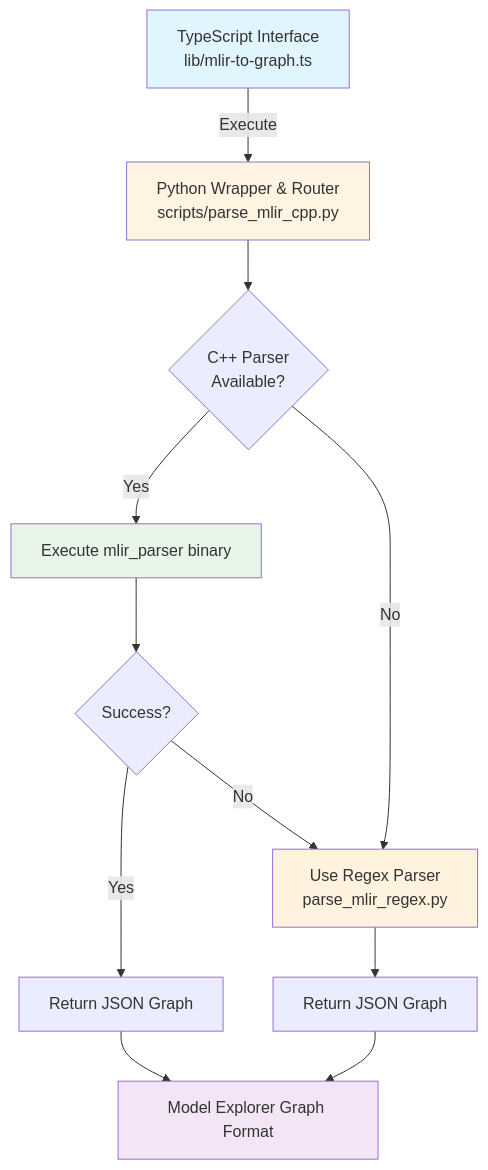
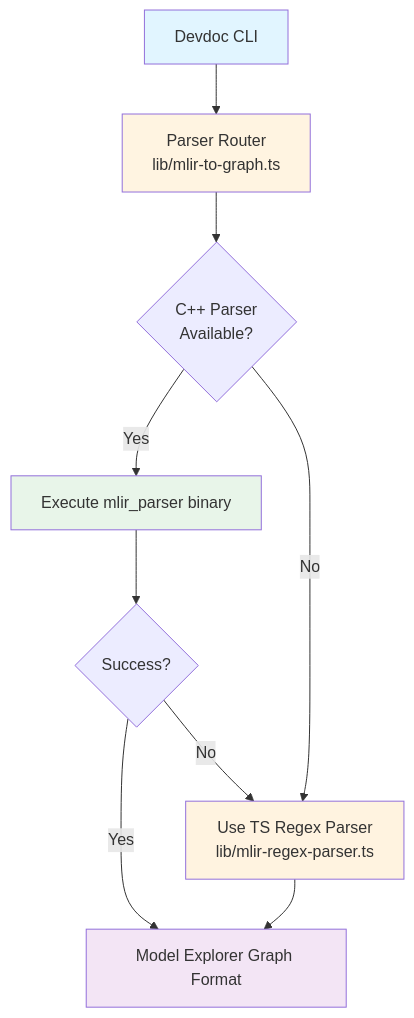
Before and after one commit to litanlitudan/devdoc: the first of 2 diagrams in src/mlir/README.md, drawn with Mermaid. The commit also changed other lines of this file and 10 other files, not shown here.

First line of the commit message:
Refactor MLIR Parser Integration and Update Documentation

````diff
--- a/src/mlir/README.md
+++ b/src/mlir/README.md
@@ -7,27 +7,22 @@
 ```mermaid
 flowchart TD
-    TS[TypeScript Interface<br/>lib/mlir-to-graph.ts]
-    PY[Python Wrapper & Router<br/>scripts/parse_mlir_cpp.py]
+    CLI[Devdoc CLI]
+    ROUTER[Parser Router<br/>lib/mlir-to-graph.ts]
+    TRY{C++ Parser<br/>Available?}
+    EXEC[Execute mlir_parser binary]
+    FALLBACK[Use TS Regex Parser<br/>lib/mlir-regex-parser.ts]
+    OUTPUT[Model Explorer Graph Format]
 
-    TS -->|Execute| PY
+    CLI --> ROUTER --> TRY
+    TRY -->|Yes| EXEC
+    TRY -->|No| FALLBACK
+    EXEC --> SUCCESS{Success?}
+    SUCCESS -->|Yes| OUTPUT
+    SUCCESS -->|No| FALLBACK --> OUTPUT
 
-    PY --> TRY{C++ Parser<br/>Available?}
-
-    TRY -->|Yes| EXEC[Execute mlir_parser binary]
-    TRY -->|No| FALLBACK[Use Regex Parser<br/>parse_mlir_regex.py]
-
-    EXEC --> SUCCESS{Success?}
-    SUCCESS -->|Yes| JSON1[Return JSON Graph]
-    SUCCESS -->|No| FALLBACK
-
-    FALLBACK --> JSON2[Return JSON Graph]
-
-    JSON1 --> OUTPUT[Model Explorer Graph Format]
-    JSON2 --> OUTPUT
-
-    style TS fill:#e1f5ff
-    style PY fill:#fff4e1
+    style CLI fill:#e1f5ff
+    style ROUTER fill:#fff4e1
     style EXEC fill:#e8f5e9
     style FALLBACK fill:#fff3e0
     style OUTPUT fill:#f3e5f5
 ```
````
